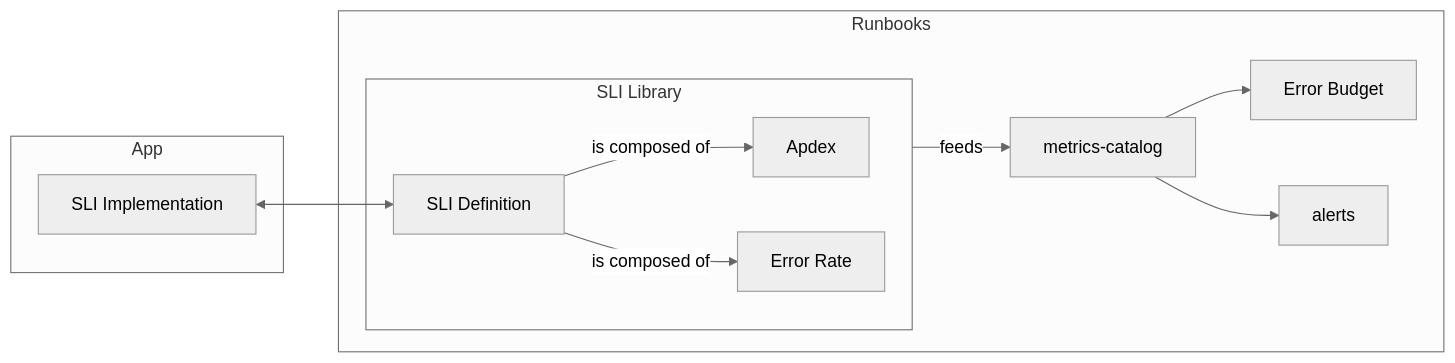
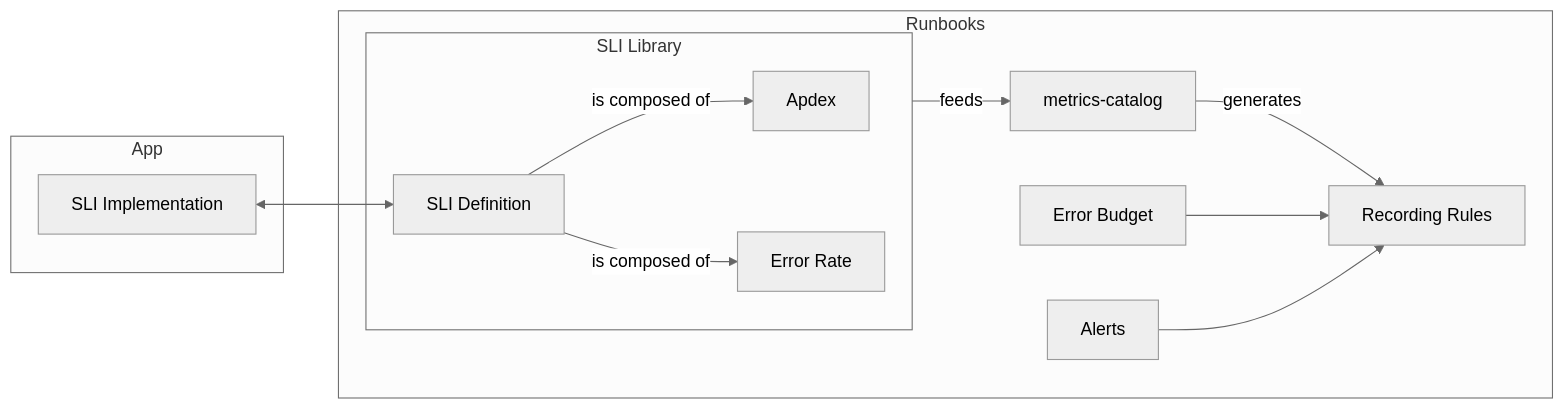
Before and after one commit to mattrussi/gitlab-com-runbooks: the first of 3 diagrams in metrics-catalog/gitlab-slis/README.md, drawn with Mermaid (neutral theme). The commit also changed other lines of this file, not shown here.

````diff
--- a/metrics-catalog/gitlab-slis/README.md
+++ b/metrics-catalog/gitlab-slis/README.md
@@ -21,30 +21,31 @@
 ```mermaid
 ---
 User Journey SLI Abstraction
 ---
 flowchart LR
     subgraph App
         sliImpl[SLI Implementation]
     end
 
     subgraph Runbooks
         subgraph sliLib[SLI Library]
             apdex[Apdex]
             errorRate[Error Rate]
 
             sliDef[SLI Definition]
 
             sliDef --is composed of --> apdex
             sliDef --is composed of --> errorRate
         end
 
         metrics-catalog
 
         sliLib --feeds--> metrics-catalog
+        metrics-catalog --generates--> rules[Recording Rules]
 
-        metrics-catalog --> errorbudget[Error Budget]
-        metrics-catalog -->  alerts
+        errorbudget[Error Budget] --> rules
+        Alerts --> rules
     end
 
     sliImpl <--> sliDef
 ```
````
